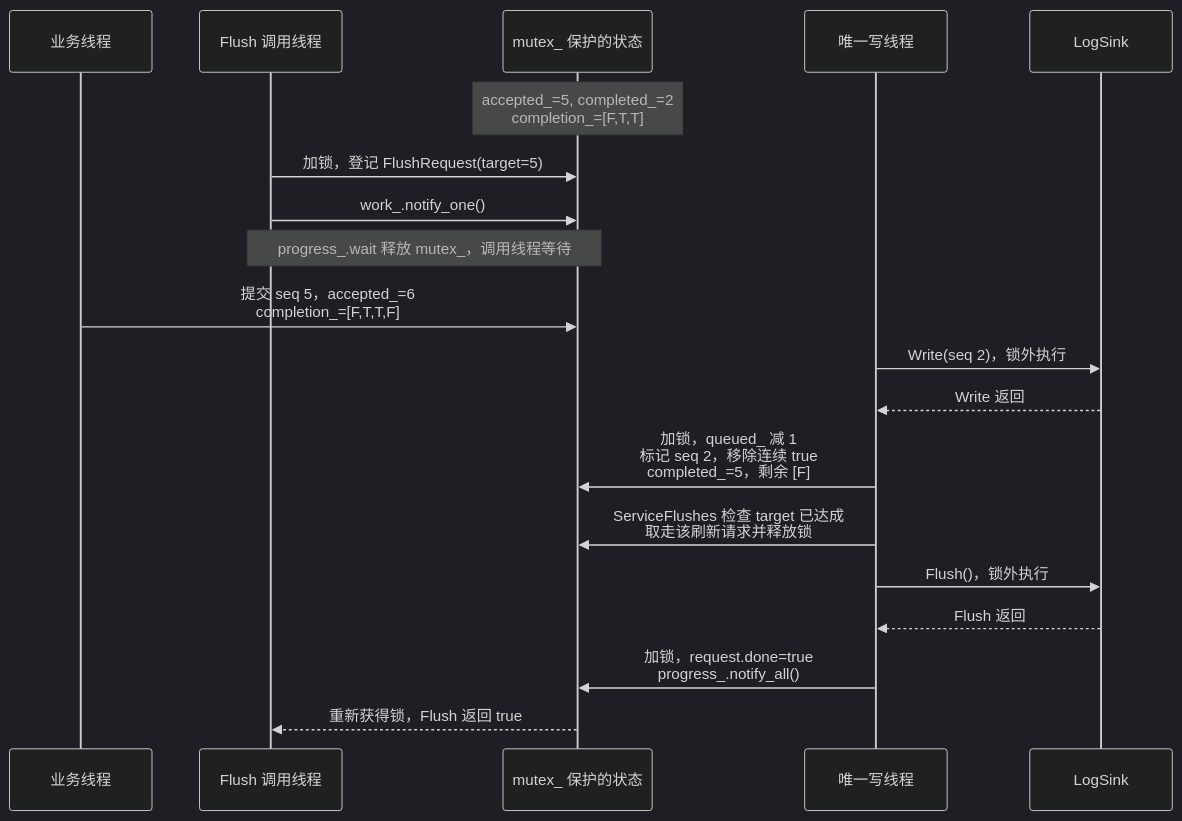
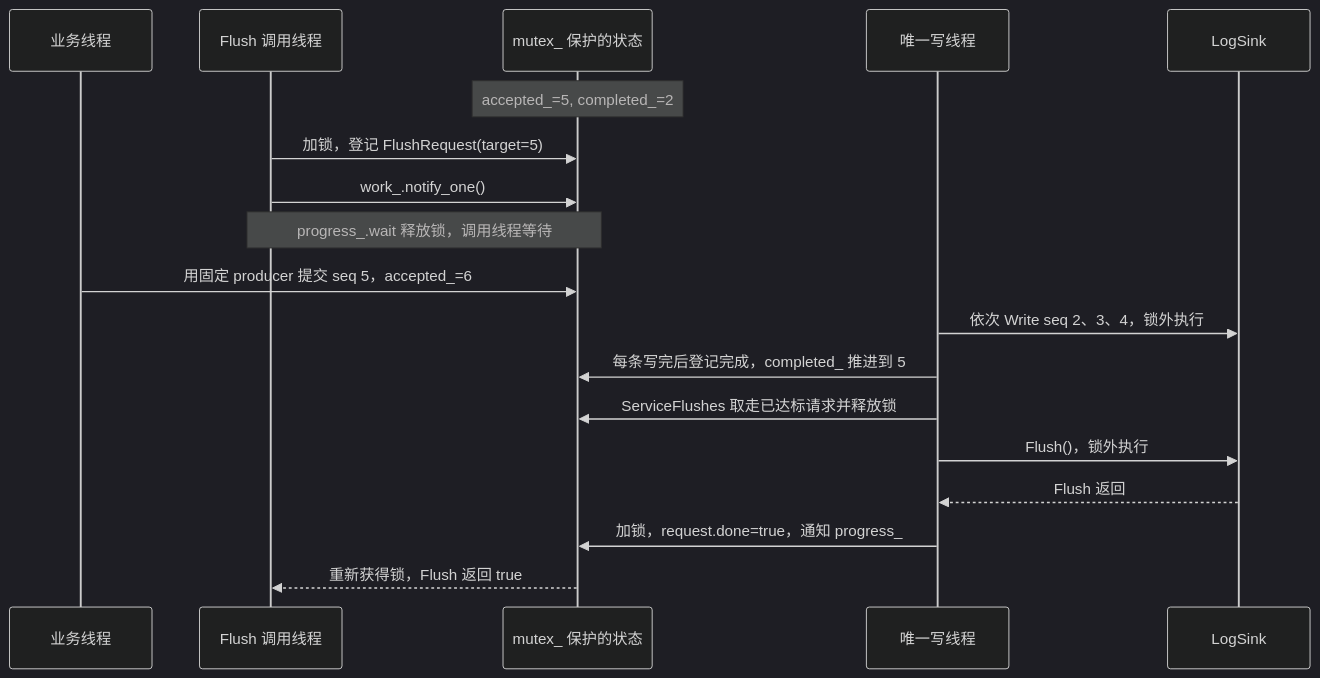
Before and after one commit to diveinyourheart/netlib: the second of 2 diagrams in docs/logging_state.md, drawn with Mermaid (dark theme). The commit also changed other lines of this file and 13 other files, not shown here.

````diff
--- a/docs/logging_state.md
+++ b/docs/logging_state.md
@@ -140,22 +93,21 @@
 ```mermaid
 sequenceDiagram
     participant B as 业务线程
     participant C as Flush 调用线程
     participant M as mutex_ 保护的状态
     participant W as 唯一写线程
     participant S as LogSink
 
-    Note over M: accepted_=5, completed_=2<br/>completion_=[F,T,T]
+    Note over M: accepted_=5, completed_=2
     C->>M: 加锁，登记 FlushRequest(target=5)
     C->>M: work_.notify_one()
-    Note over C,M: progress_.wait 释放 mutex_，调用线程等待
-    B->>M: 提交 seq 5，accepted_=6<br/>completion_=[F,T,T,F]
-    W->>S: Write(seq 2)，锁外执行
-    S-->>W: Write 返回
-    W->>M: 加锁，queued_ 减 1<br/>标记 seq 2，移除连续 true<br/>completed_=5，剩余 [F]
-    W->>M: ServiceFlushes 检查 target 已达成<br/>取走该刷新请求并释放锁
+    Note over C,M: progress_.wait 释放锁，调用线程等待
+    B->>M: 用固定 producer 提交 seq 5，accepted_=6
+    W->>S: 依次 Write seq 2、3、4，锁外执行
+    W->>M: 每条写完后登记完成，completed_ 推进到 5
+    W->>M: ServiceFlushes 取走已达标请求并释放锁
     W->>S: Flush()，锁外执行
     S-->>W: Flush 返回
-    W->>M: 加锁，request.done=true<br/>progress_.notify_all()
+    W->>M: 加锁，request.done=true，通知 progress_
     M-->>C: 重新获得锁，Flush 返回 true
 ```
````
